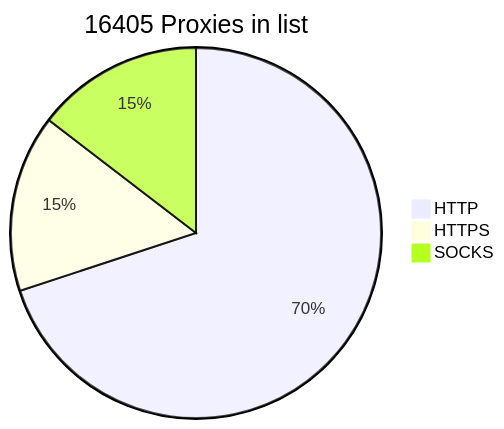
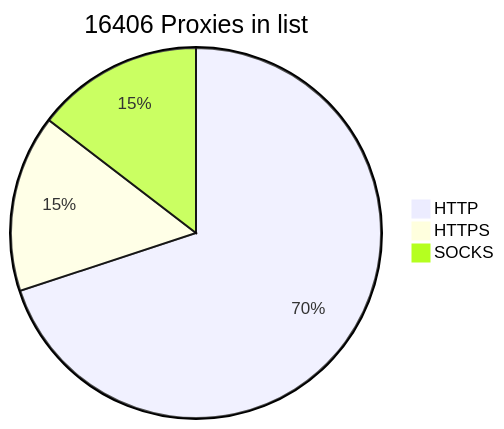
Before and after one commit to BlackSnowDot/proxylist-update-every-minute: the diagram in README.md, drawn with Mermaid.

````diff
--- a/README.md
+++ b/README.md
@@ -2,6 +2,6 @@
 ```mermaid
-pie title 16405 Proxies in list
+pie title 16406 Proxies in list
     "HTTP" : 12279
-    "HTTPS": 2715
+    "HTTPS": 2716
     "SOCKS" : 2560
 ```
````
